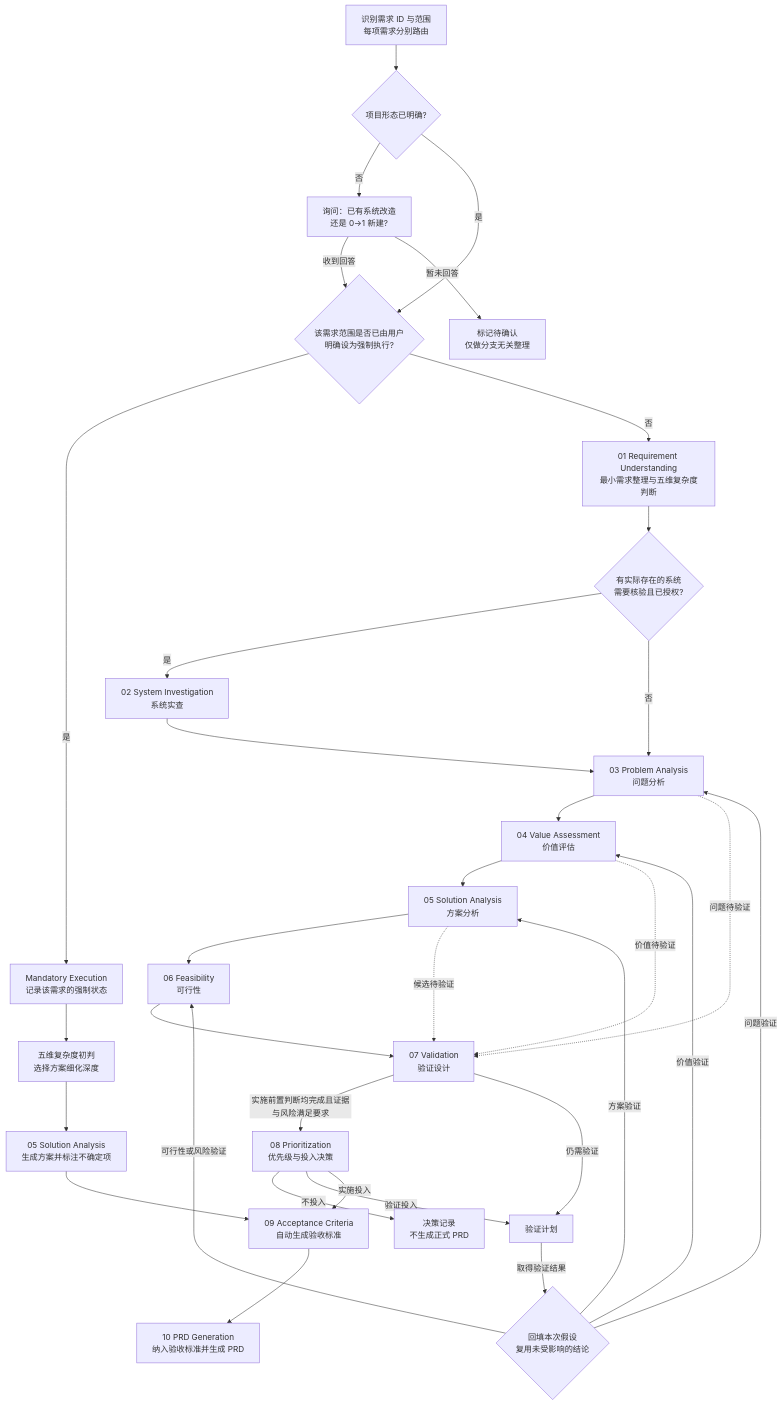
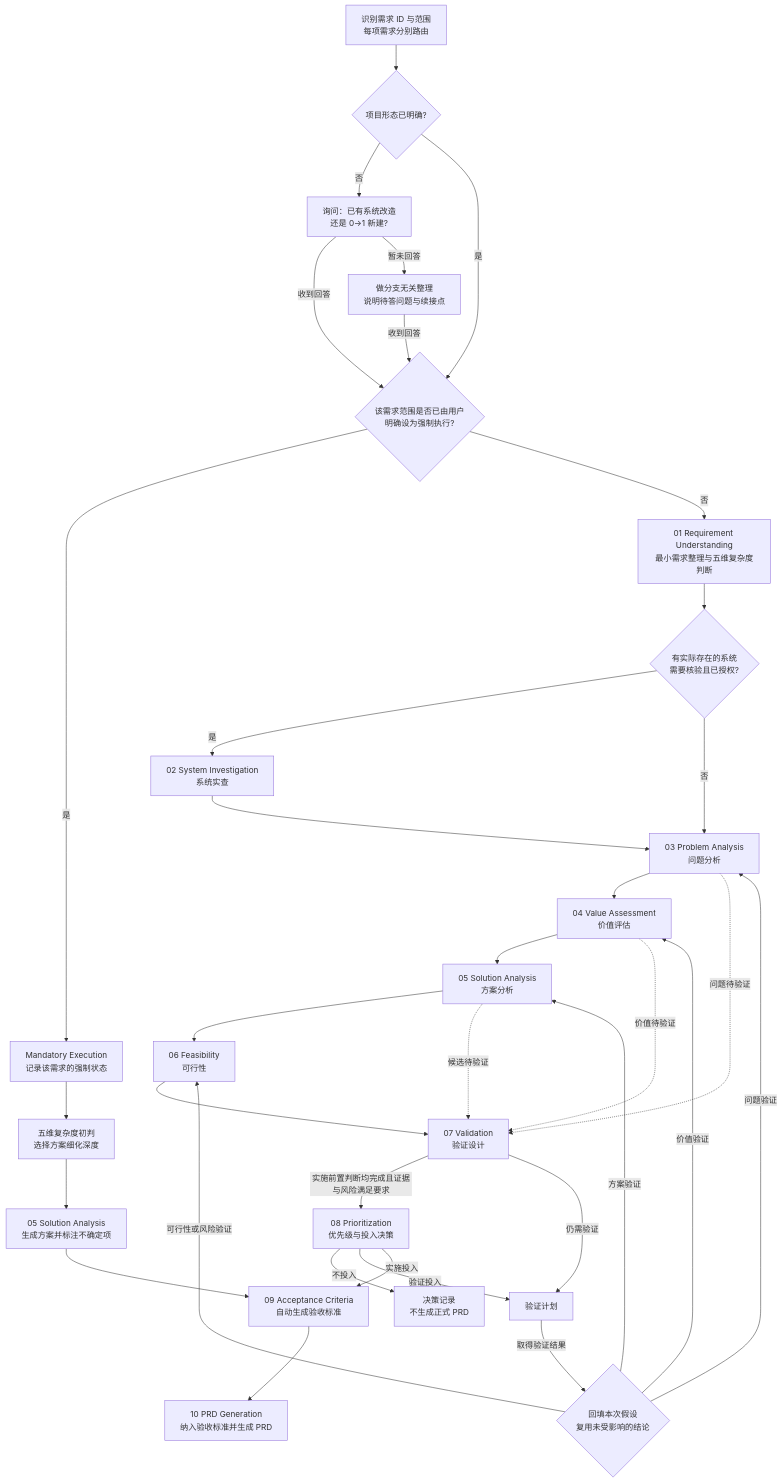
One commit to sakura1412/read-her-heart changed the diagram in README.md. Above: the diagram before and after it, drawn with Mermaid. The commit also changed other lines of this file and 6 other files, not shown here.

Commit message:
Add interactive clarification and resume flow

````diff
--- a/README.md
+++ b/README.md
@@ -62,35 +74,36 @@
 ```mermaid
 flowchart TD
     S[识别需求 ID 与范围<br/>每项需求分别路由] --> P{项目形态已明确?}
     P -->|否| W[询问：已有系统改造<br/>还是 0→1 新建?]
     W -->|收到回答| M
-    W -->|暂未回答| U[标记待确认<br/>仅做分支无关整理]
+    W -->|暂未回答| U[做分支无关整理<br/>说明待答问题与续接点]
+    U -->|收到回答| M
     P -->|是| M{该需求范围是否已由用户<br/>明确设为强制执行?}
     M -->|是| X[Mandatory Execution<br/>记录该需求的强制状态]
     X --> Q[五维复杂度初判<br/>选择方案细化深度]
     Q --> Y[05 Solution Analysis<br/>生成方案并标注不确定项]
     Y --> N[09 Acceptance Criteria<br/>自动生成验收标准]
     N --> L[10 PRD Generation<br/>纳入验收标准并生成 PRD]
     M -->|否| A[01 Requirement Understanding<br/>最小需求整理与五维复杂度判断]
     A --> B{有实际存在的系统<br/>需要核验且已授权?}
     B -->|是| C[02 System Investigation<br/>系统实查]
     B -->|否| D[03 Problem Analysis<br/>问题分析]
     C --> D
     D --> E[04 Value Assessment<br/>价值评估]
     E --> F[05 Solution Analysis<br/>方案分析]
     F --> G[06 Feasibility<br/>可行性]
     G --> H[07 Validation<br/>验证设计]
     D -.->|问题待验证| H
     E -.->|价值待验证| H
     F -.->|候选待验证| H
     H -->|实施前置判断均完成且证据与风险满足要求| I[08 Prioritization<br/>优先级与投入决策]
     H -->|仍需验证| K[验证计划]
     I -->|不投入| J[决策记录<br/>不生成正式 PRD]
     I -->|验证投入| K
     K -->|取得验证结果| R{回填本次假设<br/>复用未受影响的结论}
     R -->|问题验证| D
     R -->|价值验证| E
     R -->|方案验证| F
     R -->|可行性或风险验证| G
     I -->|实施投入| N
 ```
````
